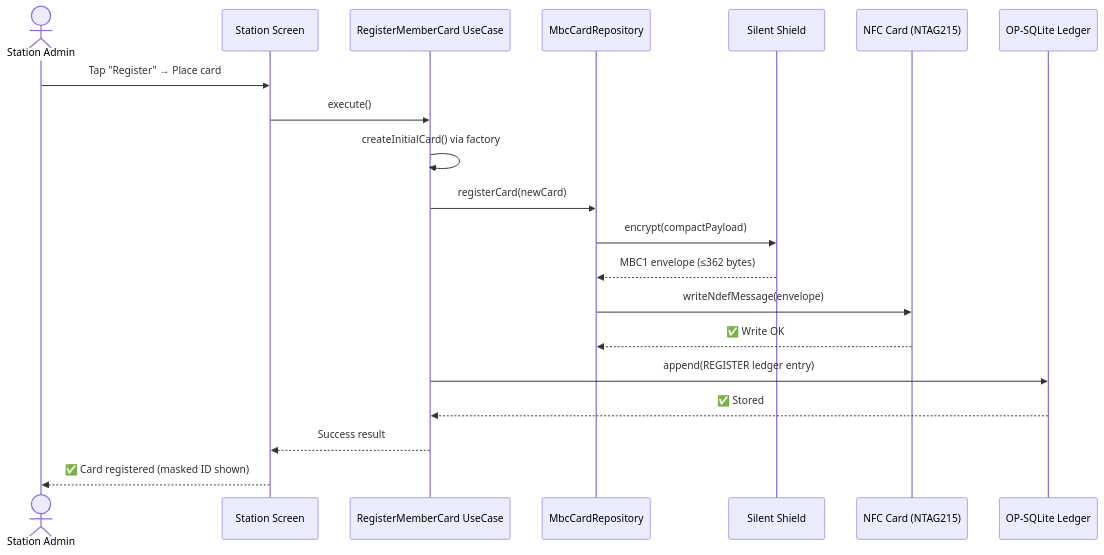
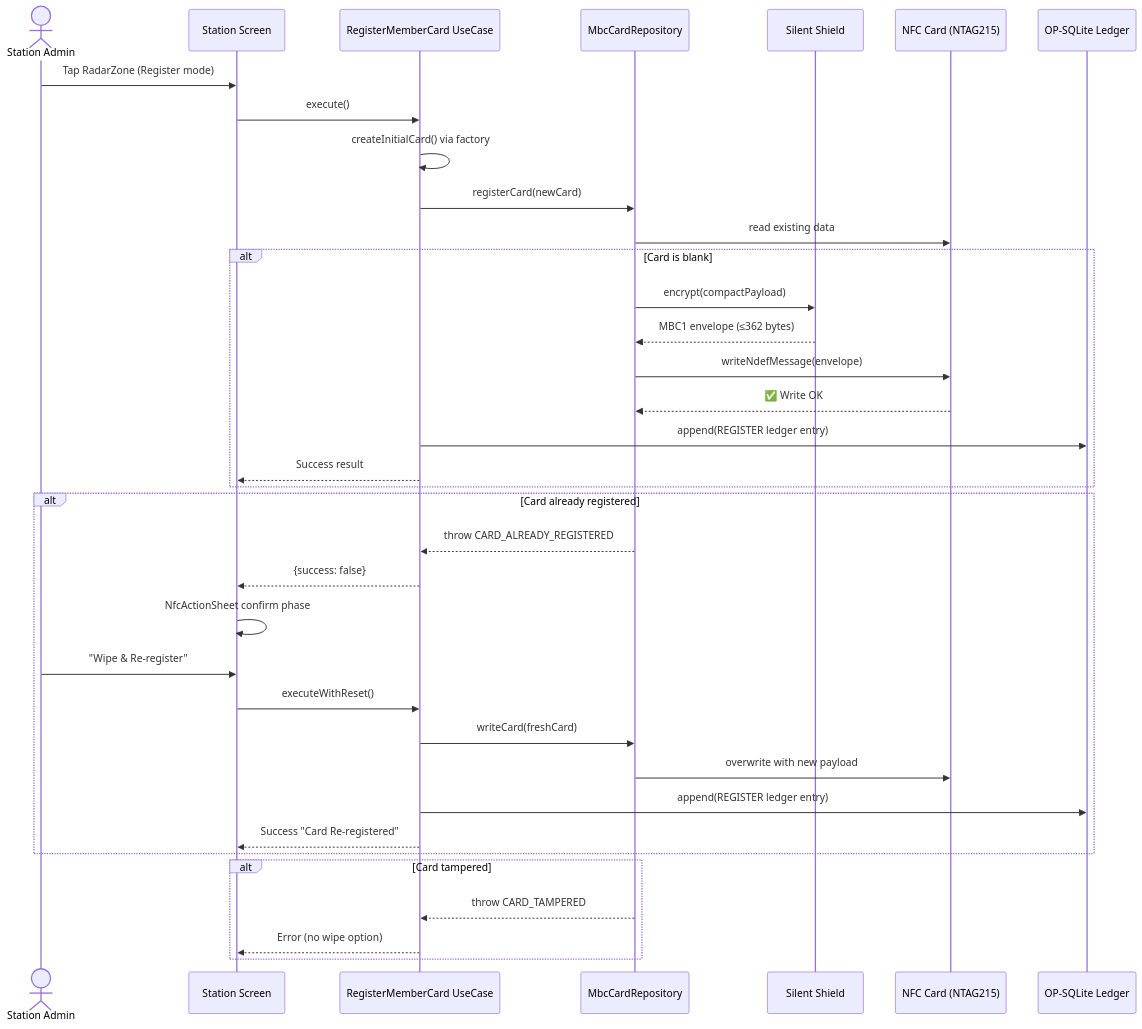
One commit to Schitzos/mbc-nfc changed the third of 16 diagrams in docs/PRESENTATION.md. Above: the diagram before and after it, drawn with Mermaid. The commit also changed other lines of this file and 1 other file, not shown here.

````diff
--- a/docs/PRESENTATION.md
+++ b/docs/PRESENTATION.md
@@ -151,23 +190,39 @@
 ```mermaid
 sequenceDiagram
     actor Admin as Station Admin
     participant UI as Station Screen
     participant UC as RegisterMemberCard UseCase
     participant Repo as MbcCardRepository
     participant Shield as Silent Shield
     participant Card as NFC Card (NTAG215)
     participant DB as OP-SQLite Ledger
 
-    Admin->>UI: Tap "Register" → Place card
+    Admin->>UI: Tap RadarZone (Register mode)
     UI->>UC: execute()
     UC->>UC: createInitialCard() via factory
     UC->>Repo: registerCard(newCard)
-    Repo->>Shield: encrypt(compactPayload)
-    Shield-->>Repo: MBC1 envelope (≤362 bytes)
-    Repo->>Card: writeNdefMessage(envelope)
-    Card-->>Repo: ✅ Write OK
-    UC->>DB: append(REGISTER ledger entry)
-    DB-->>UC: ✅ Stored
-    UC-->>UI: Success result
-    UI-->>Admin: ✅ Card registered (masked ID shown)
+    Repo->>Card: read existing data
+    alt Card is blank
+        Repo->>Shield: encrypt(compactPayload)
+        Shield-->>Repo: MBC1 envelope (≤362 bytes)
+        Repo->>Card: writeNdefMessage(envelope)
+        Card-->>Repo: ✅ Write OK
+        UC->>DB: append(REGISTER ledger entry)
+        UC-->>UI: Success result
+    end
+    alt Card already registered
+        Repo-->>UC: throw CARD_ALREADY_REGISTERED
+        UC-->>UI: {success: false}
+        UI->>UI: NfcActionSheet confirm phase
+        Admin->>UI: "Wipe & Re-register"
+        UI->>UC: executeWithReset()
+        UC->>Repo: writeCard(freshCard)
+        Repo->>Card: overwrite with new payload
+        UC->>DB: append(REGISTER ledger entry)
+        UC-->>UI: Success "Card Re-registered"
+    end
+    alt Card tampered
+        Repo-->>UC: throw CARD_TAMPERED
+        UC-->>UI: Error (no wipe option)
+    end
 ```
````
